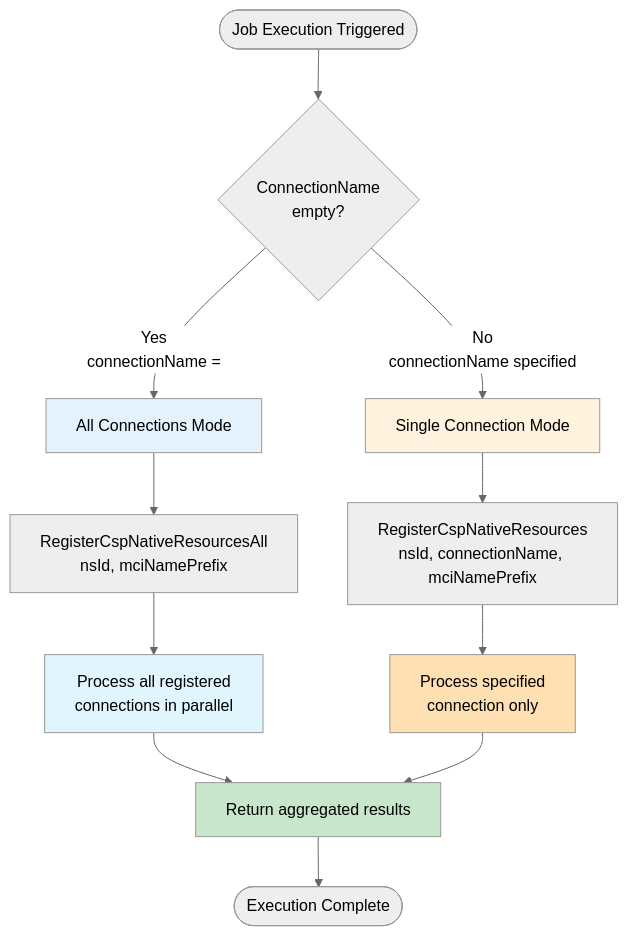
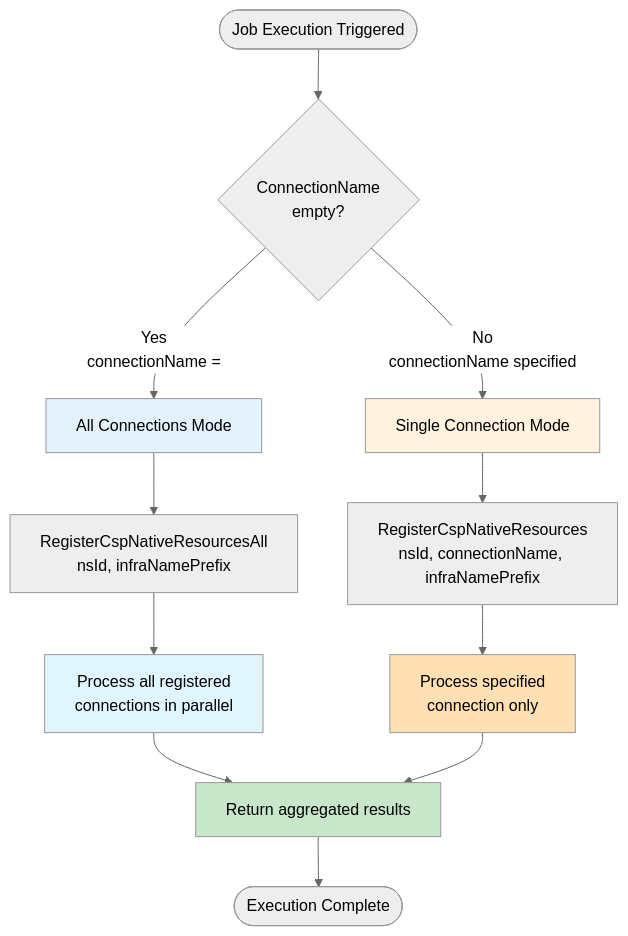
The fourth of 9 diagrams in docs/feature_guide/existing-csp-res-job-scheduler.md (cloud-barista/cb-tumblebug), drawn with Mermaid (neutral theme) before and after one commit. The commit also changed other lines of this file and 197 other files, not shown here.

````diff
--- a/docs/feature_guide/existing-csp-res-job-scheduler.md
+++ b/docs/feature_guide/existing-csp-res-job-scheduler.md
@@ -231,24 +231,24 @@
 ```mermaid
 flowchart TD
     Start([Job Execution Triggered]) --> CheckConn{ConnectionName<br/>empty?}
     
     CheckConn -->|Yes<br/>connectionName = ""| AllMode[All Connections Mode]
     CheckConn -->|No<br/>connectionName specified| SingleMode[Single Connection Mode]
     
-    AllMode --> CallAll[RegisterCspNativeResourcesAll<br/>nsId, mciNamePrefix]
-    SingleMode --> CallSingle[RegisterCspNativeResources<br/>nsId, connectionName, mciNamePrefix]
+    AllMode --> CallAll[RegisterCspNativeResourcesAll<br/>nsId, infraNamePrefix]
+    SingleMode --> CallSingle[RegisterCspNativeResources<br/>nsId, connectionName, infraNamePrefix]
     
     CallAll --> ProcessAll[Process all registered<br/>connections in parallel]
     CallSingle --> ProcessSingle[Process specified<br/>connection only]
     
     ProcessAll --> Result[Return aggregated results]
     ProcessSingle --> Result
     
     Result --> End([Execution Complete])
     
     style AllMode fill:#e3f2fd
     style SingleMode fill:#fff3e0
     style ProcessAll fill:#e1f5fe
     style ProcessSingle fill:#ffe0b2
     style Result fill:#c8e6c9
 ```
````
